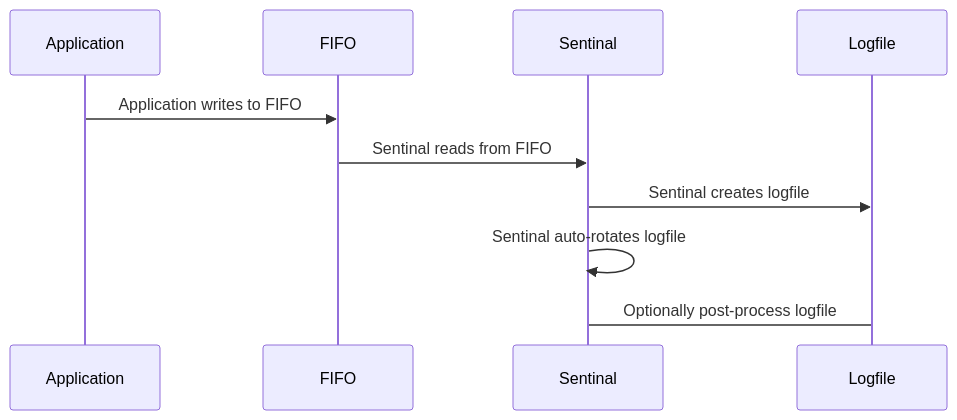
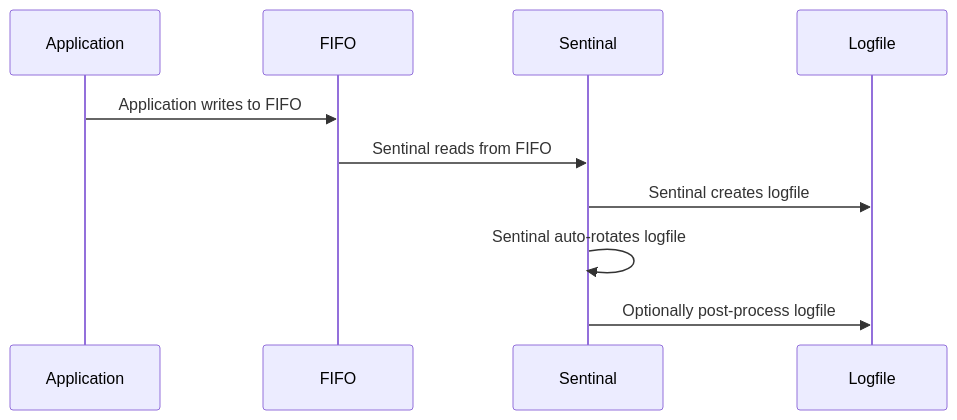
Before and after one commit to jjbailey/sentinal: the fourth of 4 diagrams in README.md, drawn with Mermaid. The commit also changed other lines of this file and 7 other files, not shown here.

````diff
--- a/README.md
+++ b/README.md
@@ -327,12 +333,12 @@
 ```mermaid
 sequenceDiagram
     participant Application
     participant FIFO
     participant Sentinal
     participant Logfile
     Application ->> FIFO: Application writes to FIFO
     FIFO ->> Sentinal: Sentinal reads from FIFO
     Sentinal ->> Logfile: Sentinal creates logfile
     Sentinal ->> Sentinal: Sentinal auto-rotates logfile
-    Sentinal -> Logfile: Optionally post-process logfile
+    Sentinal ->> Logfile: Optionally post-process logfile
 ```
````
